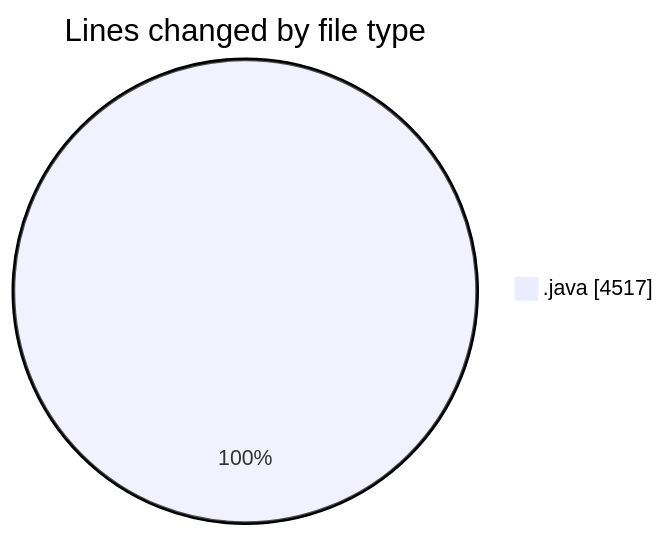
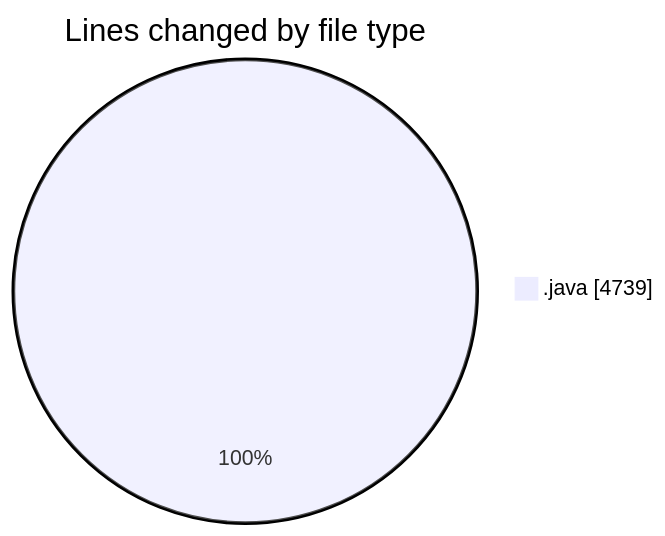
The first of 2 diagrams in 2026-04-01/cilapp/README.md (ricardozamudiocil/code-tracking), drawn with Mermaid before and after one commit. The commit also changed other lines of this file and 1 other file, not shown here.

````diff
--- a/2026-04-01/cilapp/README.md
+++ b/2026-04-01/cilapp/README.md
@@ -22,5 +24,5 @@
 ```mermaid
 pie showData
 title Lines changed by file type
-".java" : 4517
+".java" : 4739
 ```
````
